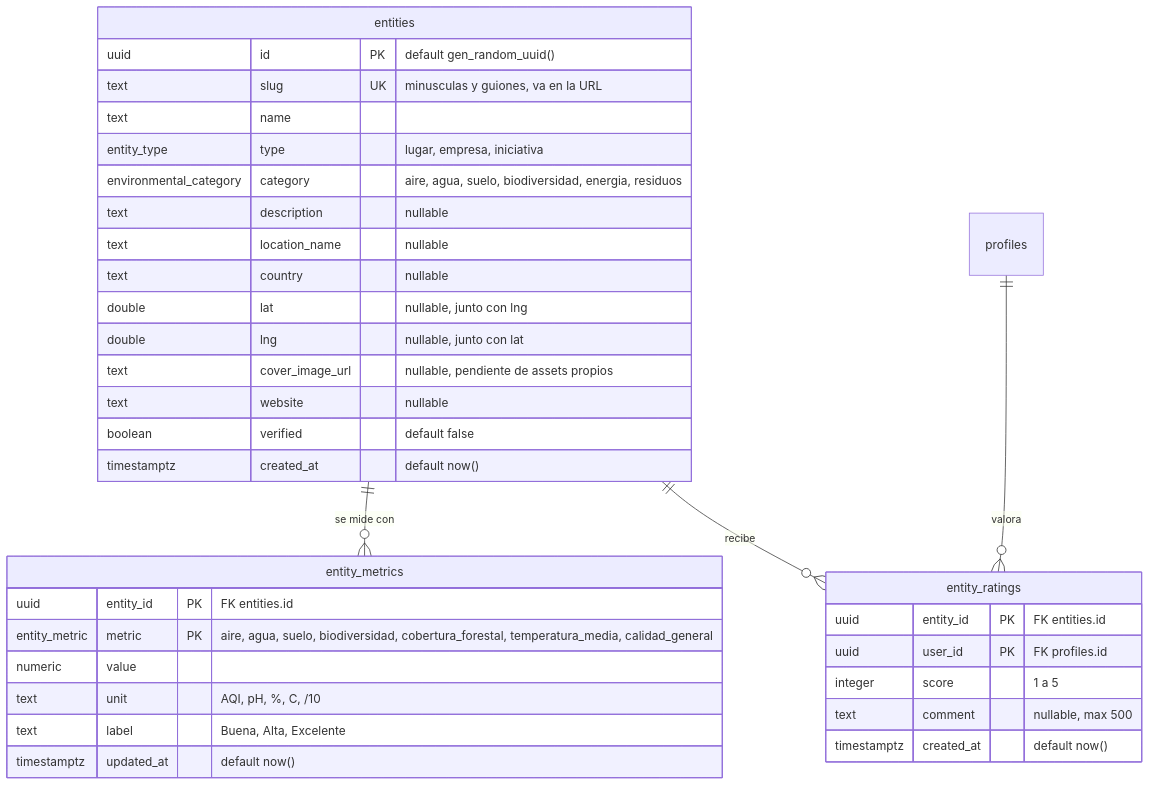
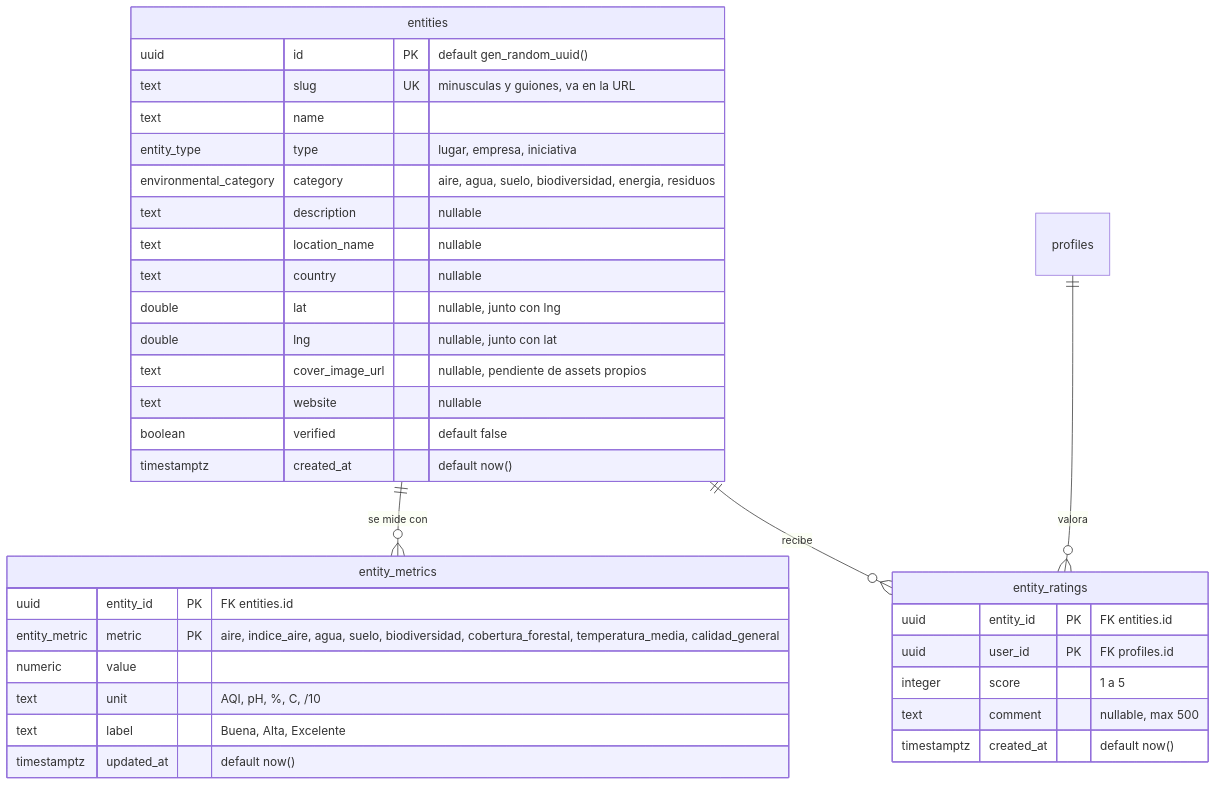
Before and after one commit to ExpeAvomo15/oveng-envhealth: the second of 2 diagrams in docs/03_MODELO_DATOS.md, drawn with Mermaid. The commit also changed other lines of this file and 4 other files, not shown here.

````diff
--- a/docs/03_MODELO_DATOS.md
+++ b/docs/03_MODELO_DATOS.md
@@ -64,40 +64,40 @@
 ```mermaid
 erDiagram
     entities       ||--o{ entity_metrics : "se mide con"
     entities       ||--o{ entity_ratings : "recibe"
     profiles       ||--o{ entity_ratings : "valora"
 
     entities {
         uuid id PK "default gen_random_uuid()"
         text slug UK "minusculas y guiones, va en la URL"
         text name
         entity_type type "lugar, empresa, iniciativa"
         environmental_category category "aire, agua, suelo, biodiversidad, energia, residuos"
         text description "nullable"
         text location_name "nullable"
         text country "nullable"
         double lat "nullable, junto con lng"
         double lng "nullable, junto con lat"
         text cover_image_url "nullable, pendiente de assets propios"
         text website "nullable"
         boolean verified "default false"
         timestamptz created_at "default now()"
     }
 
     entity_metrics {
         uuid entity_id PK "FK entities.id"
-        entity_metric metric PK "aire, agua, suelo, biodiversidad, cobertura_forestal, temperatura_media, calidad_general"
+        entity_metric metric PK "aire, indice_aire, agua, suelo, biodiversidad, cobertura_forestal, temperatura_media, calidad_general"
         numeric value
         text unit "AQI, pH, %, C, /10"
         text label "Buena, Alta, Excelente"
         timestamptz updated_at "default now()"
     }
 
     entity_ratings {
         uuid entity_id PK "FK entities.id"
         uuid user_id PK "FK profiles.id"
         integer score "1 a 5"
         text comment "nullable, max 500"
         timestamptz created_at "default now()"
     }
 ```
````
